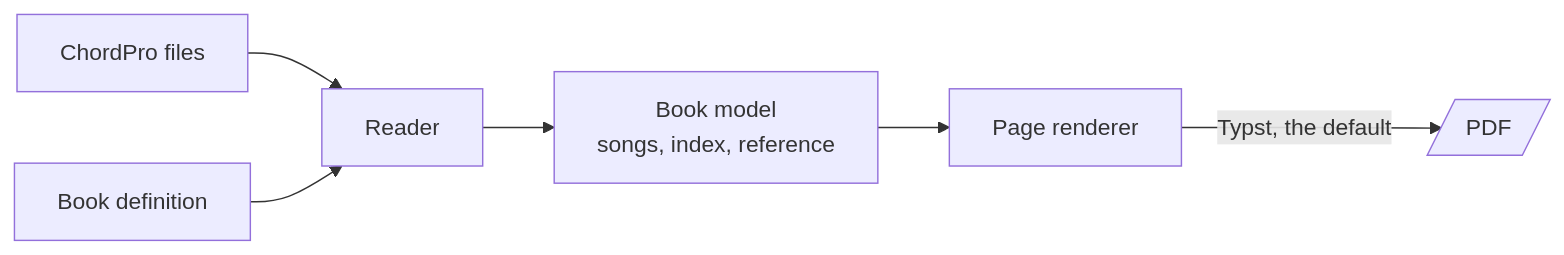
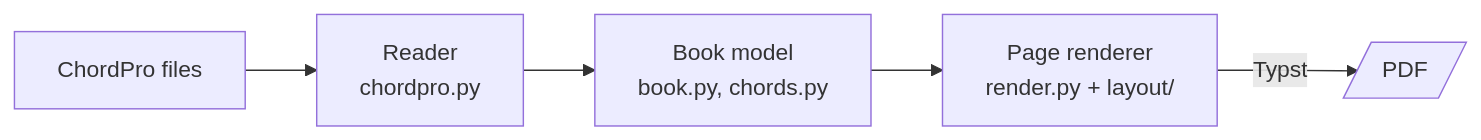
The second of 2 diagrams in docs/architecture.md (sam-tmts/strum-book), drawn with Mermaid before and after one commit. The commit also changed other lines of this file and 5 other files, not shown here.

Commit message:
Document the build command, renderer, chord table and new risks

````diff
--- a/docs/architecture.md
+++ b/docs/architecture.md
@@ -30,8 +25,7 @@
 ```mermaid
 flowchart LR
-    cho[ChordPro files] --> reader[Reader]
-    def[Book definition] --> reader
-    reader --> model[Book model<br>songs, index, reference]
-    model --> backend[Page renderer]
-    backend -- Typst, the default --> pdf[/PDF/]
+    cho[ChordPro files] --> reader[Reader<br>chordpro.py]
+    reader --> model[Book model<br>book.py, chords.py]
+    model --> renderer[Page renderer<br>render.py + layout/]
+    renderer -- Typst --> pdf[/PDF/]
 ```
````
